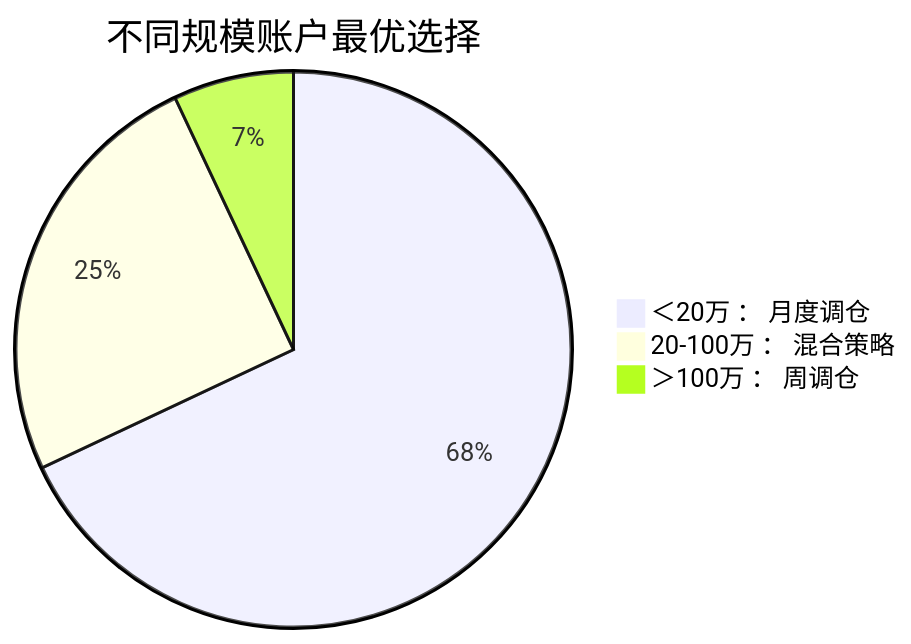
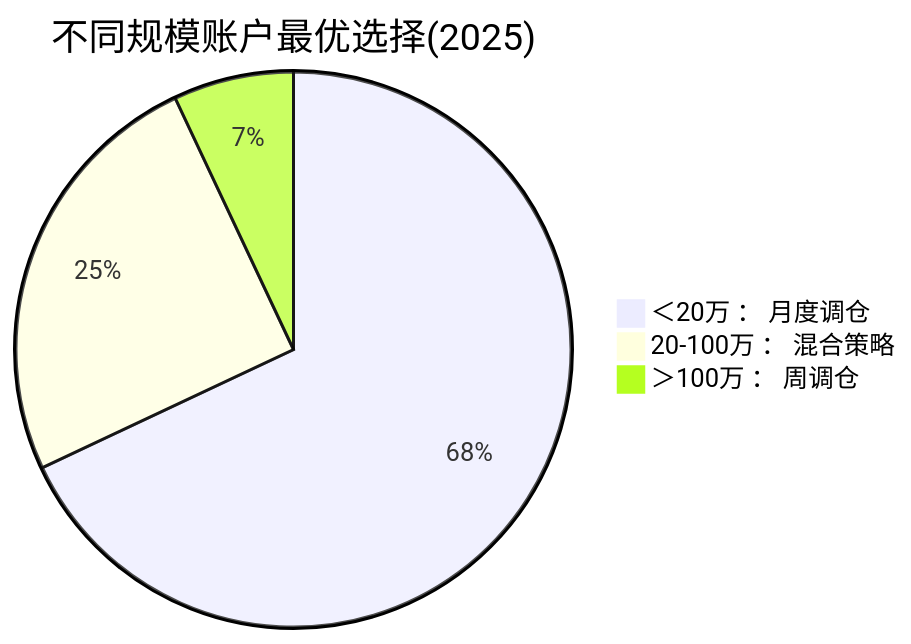
One commit to u588/app changed the second of 3 diagrams in AiStock/1.策略.md. Above: the diagram before and after it, drawn with Mermaid. The commit also changed other lines of this file and 1 other file, not shown here.

````diff
--- a/AiStock/1.策略.md
+++ b/AiStock/1.策略.md
@@ -62,7 +68,7 @@
 ```mermaid
 pie 
-    title 不同规模账户最优选择
+    title 不同规模账户最优选择(2025)
     "＜20万 ： 月度调仓" : 68 
     "20-100万 ： 混合策略" : 25 
     "＞100万 ： 周调仓" : 7 
 ```
````
